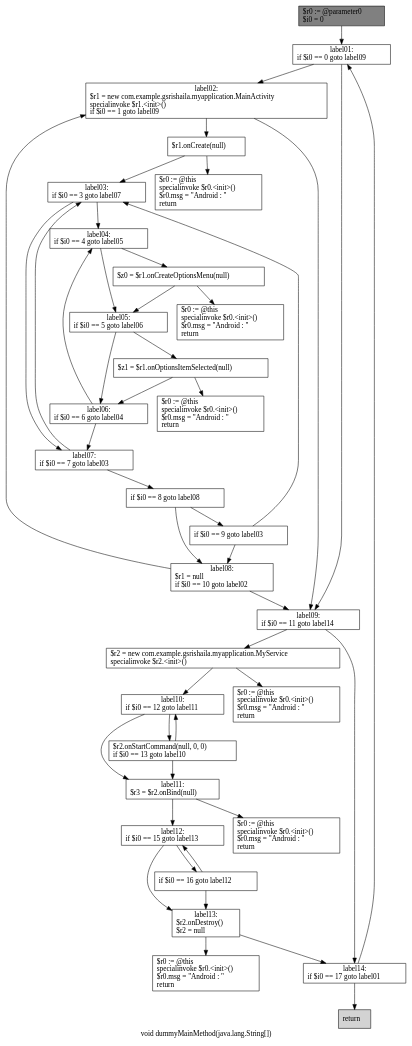
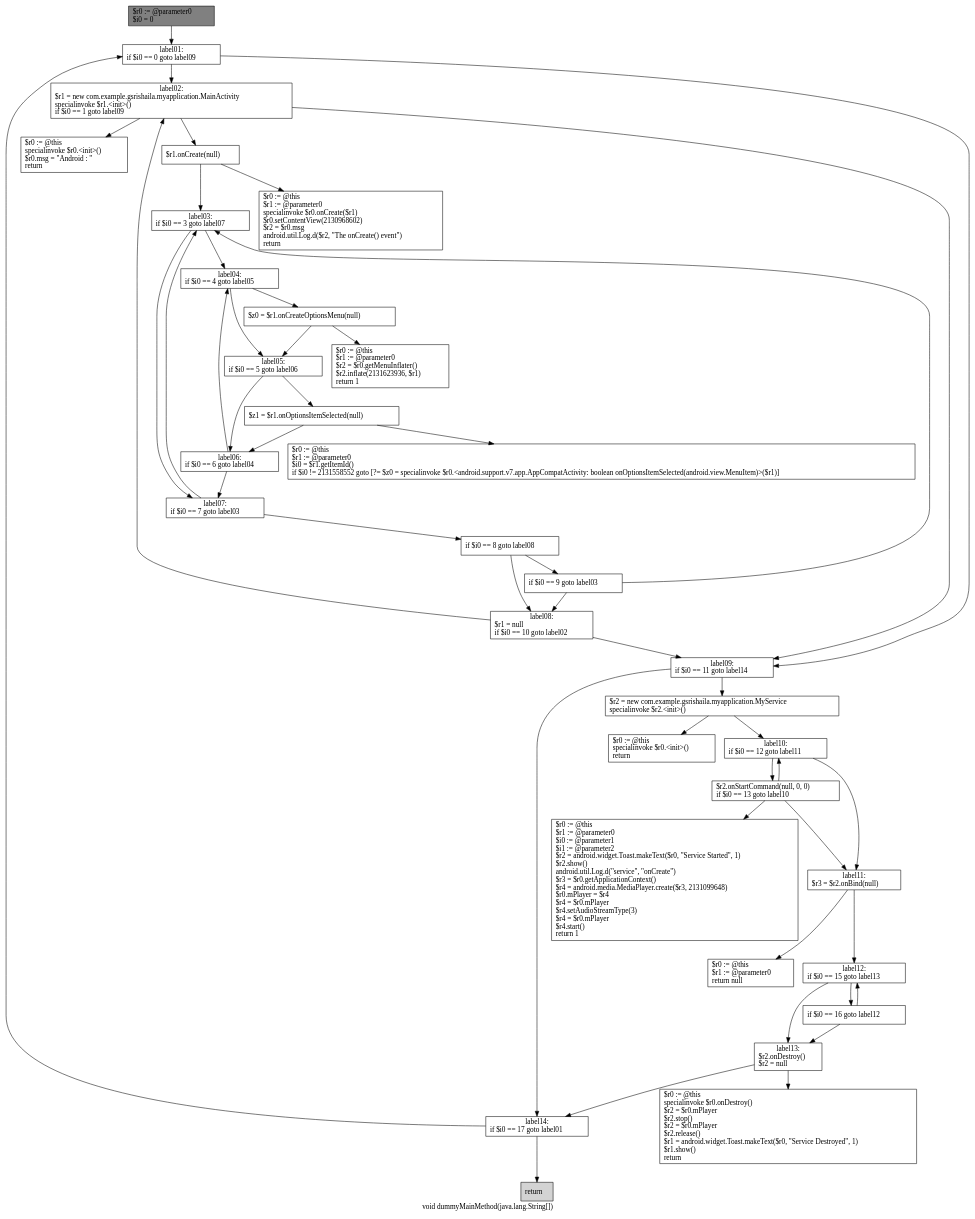
One commit to gsrishaila/summer changed the diagram in soot-infoflow-android-develop/dummyMainMethod333.dot. Above: the diagram before and after it, drawn with Graphviz. The commit also changed 1 other file, not shown here.

```diff
--- a/soot-infoflow-android-develop/dummyMainMethod333.dot
+++ b/soot-infoflow-android-develop/dummyMainMethod333.dot
@@ -1,79 +1,83 @@
 digraph "void dummyMainMethod(java.lang.String[])" {
     label="void dummyMainMethod(java.lang.String[])";
     node [shape=box];
     "0" [style=filled,fillcolor=gray,label="$r0 := @parameter0\l$i0 = 0\l",];
     "1" [label="label01:\nif $i0 == 0 goto label09\l",];
     "0"->"1";
     "2" [label="label02:\n$r1 = new com.example.gsrishaila.myapplication.MainActivity\lspecialinvoke $r1.<init>()\lif $i0 == 1 goto label09\l",];
     "1"->"2";
     "14" [label="label09:\nif $i0 == 11 goto label14\l",];
     "1"->"14";
     "3" [label="$r1.onCreate(null)\l",];
     "2"->"3";
     "2"->"14";
+    "24" [label="$r0 := @this\lspecialinvoke $r0.<init>()\l$r0.msg = \"Android : \"\lreturn\l",];
+    "2"->"24";
     "4" [label="label03:\nif $i0 == 3 goto label07\l",];
     "3"->"4";
-    "24" [label="$r0 := @this\lspecialinvoke $r0.<init>()\l$r0.msg = \"Android : \"\lreturn\l",];
-    "3"->"24";
+    "25" [label="$r0 := @this\l$r1 := @parameter0\lspecialinvoke $r0.onCreate($r1)\l$r0.setContentView(2130968602)\l$r2 = $r0.msg\landroid.util.Log.d($r2, \"The onCreate() event\")\lreturn\l",];
+    "3"->"25";
     "5" [label="label04:\nif $i0 == 4 goto label05\l",];
     "4"->"5";
     "10" [label="label07:\nif $i0 == 7 goto label03\l",];
     "4"->"10";
     "6" [label="$z0 = $r1.onCreateOptionsMenu(null)\l",];
     "5"->"6";
     "7" [label="label05:\nif $i0 == 5 goto label06\l",];
     "5"->"7";
     "6"->"7";
-    "25" [label="$r0 := @this\lspecialinvoke $r0.<init>()\l$r0.msg = \"Android : \"\lreturn\l",];
-    "6"->"25";
+    "26" [label="$r0 := @this\l$r1 := @parameter0\l$r2 = $r0.getMenuInflater()\l$r2.inflate(2131623936, $r1)\lreturn 1\l",];
+    "6"->"26";
     "8" [label="$z1 = $r1.onOptionsItemSelected(null)\l",];
     "7"->"8";
     "9" [label="label06:\nif $i0 == 6 goto label04\l",];
     "7"->"9";
     "8"->"9";
-    "26" [label="$r0 := @this\lspecialinvoke $r0.<init>()\l$r0.msg = \"Android : \"\lreturn\l",];
-    "8"->"26";
+    "27" [label="$r0 := @this\l$r1 := @parameter0\l$i0 = $r1.getItemId()\lif $i0 != 2131558552 goto [?= $z0 = specialinvoke $r0.<android.support.v7.app.AppCompatActivity: boolean onOptionsItemSelected(android.view.MenuItem)>($r1)]\l",];
+    "8"->"27";
     "9"->"5";
     "9"->"10";
     "10"->"4";
     "11" [label="if $i0 == 8 goto label08\l",];
     "10"->"11";
     "12" [label="if $i0 == 9 goto label03\l",];
     "11"->"12";
     "13" [label="label08:\n$r1 = null\lif $i0 == 10 goto label02\l",];
     "11"->"13";
     "12"->"4";
     "12"->"13";
     "13"->"2";
     "13"->"14";
     "15" [label="$r2 = new com.example.gsrishaila.myapplication.MyService\lspecialinvoke $r2.<init>()\l",];
     "14"->"15";
     "22" [label="label14:\nif $i0 == 17 goto label01\l",];
     "14"->"22";
     "16" [label="label10:\nif $i0 == 12 goto label11\l",];
     "15"->"16";
-    "27" [label="$r0 := @this\lspecialinvoke $r0.<init>()\l$r0.msg = \"Android : \"\lreturn\l",];
-    "15"->"27";
+    "28" [label="$r0 := @this\lspecialinvoke $r0.<init>()\lreturn\l",];
+    "15"->"28";
     "17" [label="$r2.onStartCommand(null, 0, 0)\lif $i0 == 13 goto label10\l",];
     "16"->"17";
     "18" [label="label11:\n$r3 = $r2.onBind(null)\l",];
     "16"->"18";
     "17"->"16";
     "17"->"18";
+    "29" [label="$r0 := @this\l$r1 := @parameter0\l$i0 := @parameter1\l$i1 := @parameter2\l$r2 = android.widget.Toast.makeText($r0, \"Service Started\", 1)\l$r2.show()\landroid.util.Log.d(\"service\", \"onCreate\")\l$r3 = $r0.getApplicationContext()\l$r4 = android.media.MediaPlayer.create($r3, 2131099648)\l$r0.mPlayer = $r4\l$r4 = $r0.mPlayer\l$r4.setAudioStreamType(3)\l$r4 = $r0.mPlayer\l$r4.start()\lreturn 1\l",];
+    "17"->"29";
     "19" [label="label12:\nif $i0 == 15 goto label13\l",];
     "18"->"19";
-    "28" [label="$r0 := @this\lspecialinvoke $r0.<init>()\l$r0.msg = \"Android : \"\lreturn\l",];
-    "18"->"28";
+    "30" [label="$r0 := @this\l$r1 := @parameter0\lreturn null\l",];
+    "18"->"30";
     "20" [label="if $i0 == 16 goto label12\l",];
     "19"->"20";
     "21" [label="label13:\n$r2.onDestroy()\l$r2 = null\l",];
     "19"->"21";
     "20"->"19";
     "20"->"21";
     "21"->"22";
-    "29" [label="$r0 := @this\lspecialinvoke $r0.<init>()\l$r0.msg = \"Android : \"\lreturn\l",];
-    "21"->"29";
+    "31" [label="$r0 := @this\lspecialinvoke $r0.onDestroy()\l$r2 = $r0.mPlayer\l$r2.stop()\l$r2 = $r0.mPlayer\l$r2.release()\l$r1 = android.widget.Toast.makeText($r0, \"Service Destroyed\", 1)\l$r1.show()\lreturn\l",];
+    "21"->"31";
     "22"->"1";
     "23" [style=filled,fillcolor=lightgray,label="return\l",];
     "22"->"23";
 }
```
